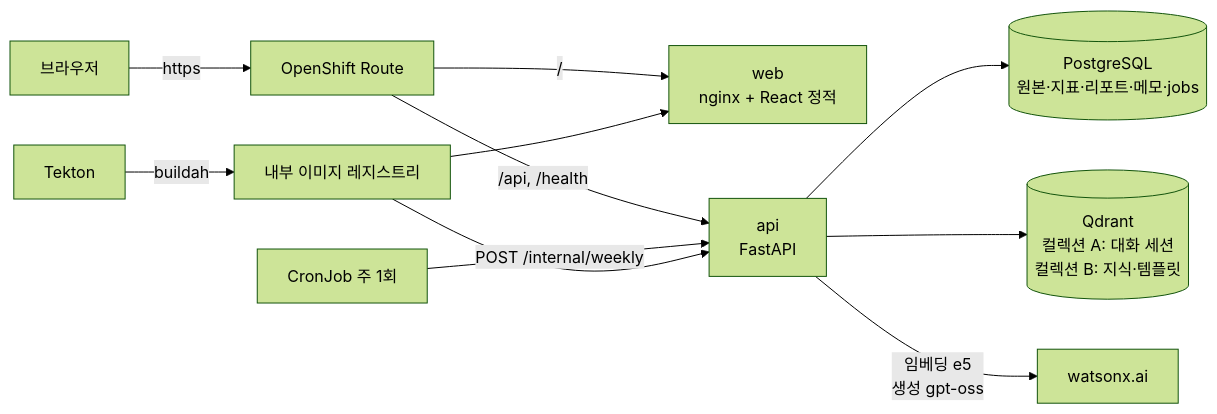
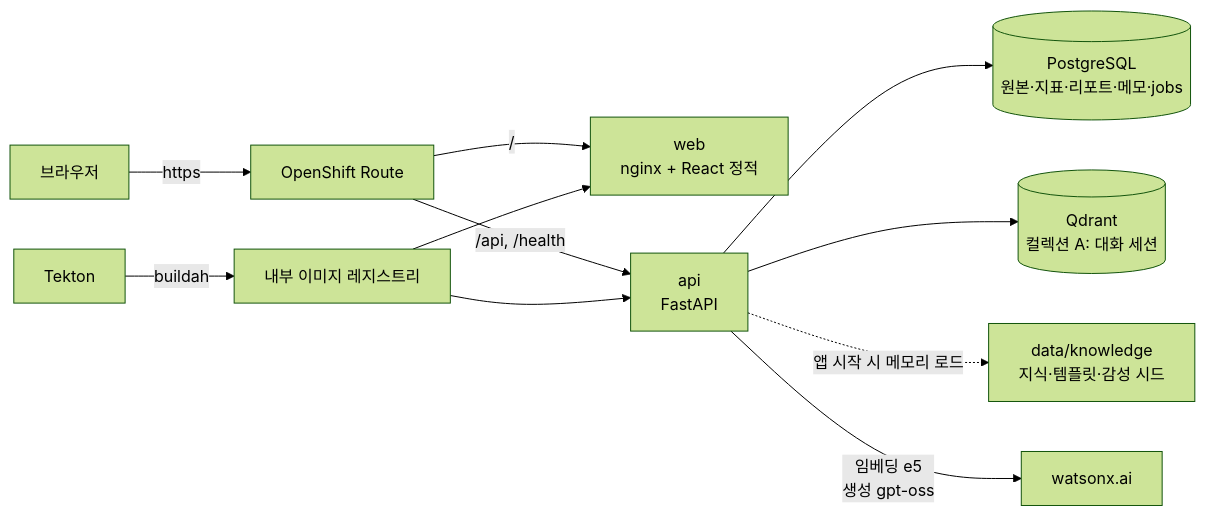
One commit to heheboi1972/hackathon-5-team changed the diagram in docs/TRD.md. Above: the diagram before and after it, drawn with Mermaid (forest theme). The commit also changed other lines of this file and 35 other files, not shown here.

Commit message:
refactor: 구조 검토 반영 — 세션 ID 결정론, 잡 분리, 내 단어 카드, 질문 판정 개선, CronJob·컬렉션 B 제거

````diff
--- a/docs/TRD.md
+++ b/docs/TRD.md
@@ -10,13 +10,13 @@
 ```mermaid
 graph LR
   U[브라우저] -->|https| R[OpenShift Route]
   R -->|/| W[web<br/>nginx + React 정적]
   R -->|/api, /health| A[api<br/>FastAPI]
   A --> P[(PostgreSQL<br/>원본·지표·리포트·메모·jobs)]
-  A --> Q[(Qdrant<br/>컬렉션 A: 대화 세션<br/>컬렉션 B: 지식·템플릿)]
+  A --> Q[(Qdrant<br/>컬렉션 A: 대화 세션)]
+  A -.->|앱 시작 시 메모리 로드| K[data/knowledge<br/>지식·템플릿·감성 시드]
   A -->|임베딩 e5<br/>생성 gpt-oss| X[watsonx.ai]
-  C[CronJob 주 1회] -->|POST /internal/weekly| A
   T[Tekton] -->|buildah| I[내부 이미지 레지스트리]
   I --> A
   I --> W
 ```
````
